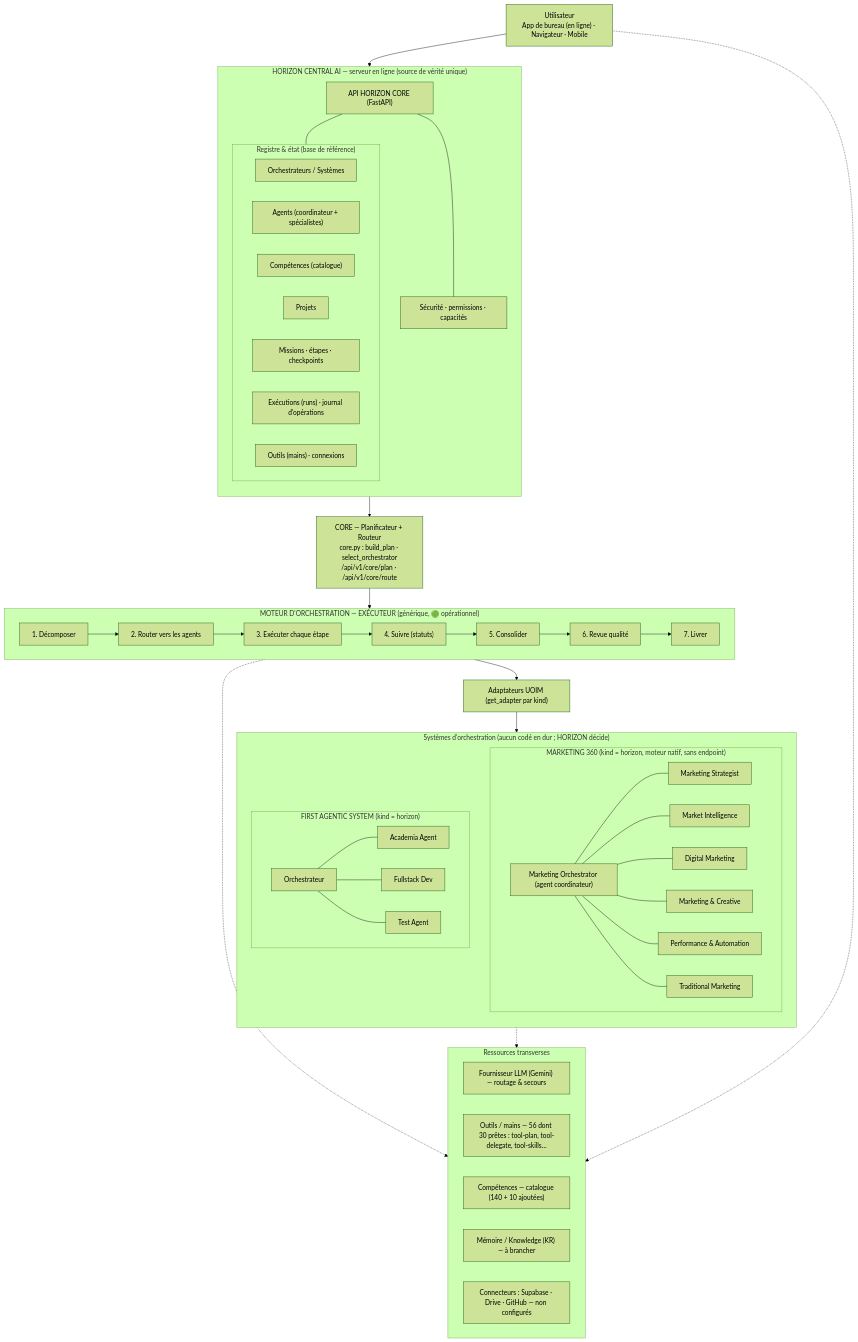
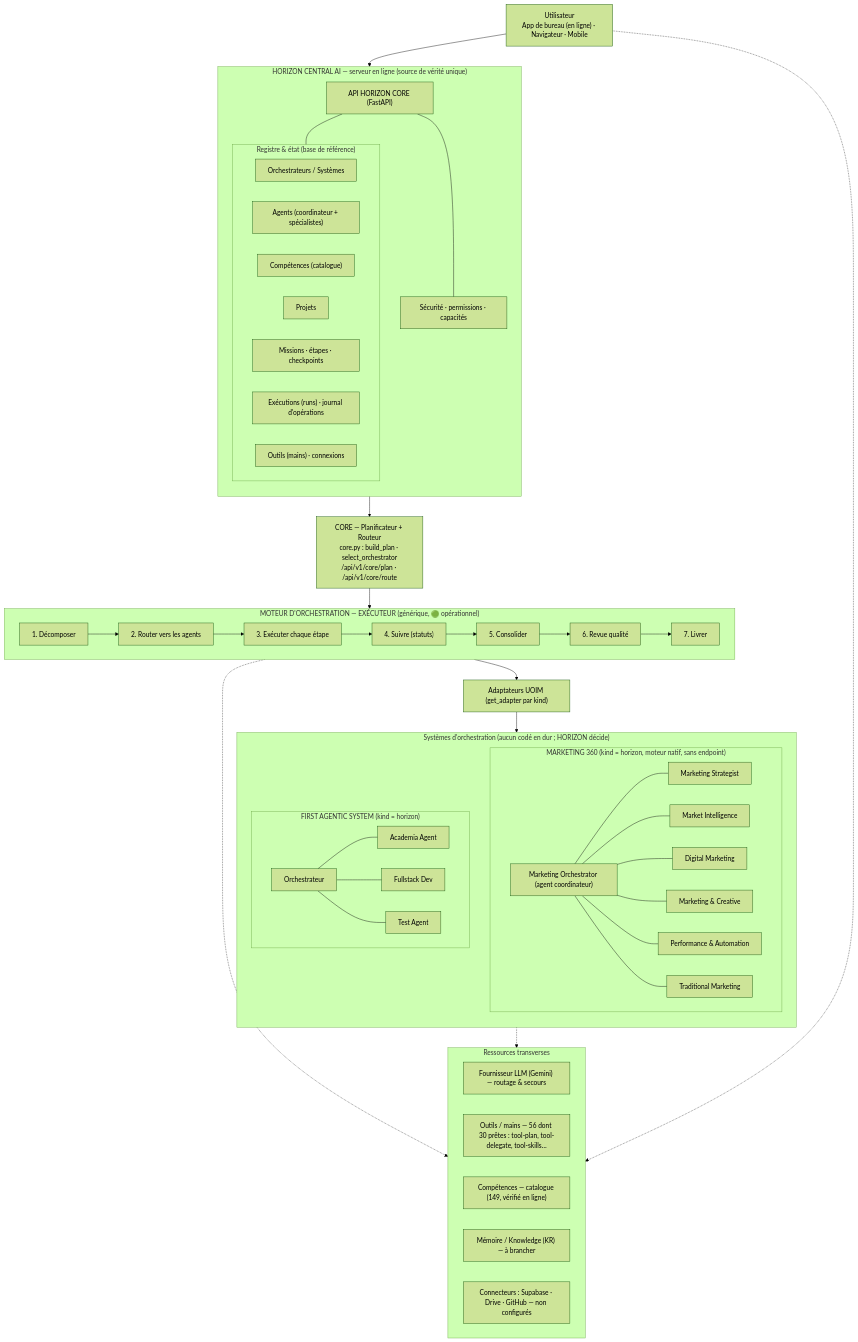
One commit to directionhorizon/horizon-central-ai changed the diagram in docs/ORGANIGRAMME_HORIZON.md. Above: the diagram before and after it, drawn with Mermaid (forest theme).

Commit message:
docs(organigramme): chiffres verifies en ligne (56 mains dont 30 pretes, 149 competences)

````diff
--- a/docs/ORGANIGRAMME_HORIZON.md
+++ b/docs/ORGANIGRAMME_HORIZON.md
@@ -11,74 +11,74 @@
 ```mermaid
 flowchart TB
   U["Utilisateur<br/>App de bureau (en ligne) · Navigateur · Mobile"] --> API
 
   subgraph HZ["HORIZON CENTRAL AI — serveur en ligne (source de vérité unique)"]
     direction TB
     API["API HORIZON CORE (FastAPI)"]
     subgraph REG["Registre & état (base de référence)"]
       R1["Orchestrateurs / Systèmes"]
       R2["Agents (coordinateur + spécialistes)"]
       R3["Compétences (catalogue)"]
       R4["Projets"]
       R5["Missions · étapes · checkpoints"]
       R6["Exécutions (runs) · journal d'opérations"]
       R7["Outils (mains) · connexions"]
     end
     SEC["Sécurité · permissions · capacités"]
     API --- REG
     API --- SEC
   end
 
   API --> CORE
   CORE["CORE — Planificateur + Routeur<br/>core.py : build_plan · select_orchestrator<br/>/api/v1/core/plan · /api/v1/core/route"] --> EXEC
 
   subgraph EXEC["MOTEUR D'ORCHESTRATION — EXÉCUTEUR (générique, 🟢 opérationnel)"]
     direction LR
     E1["1. Décomposer"] --> E2["2. Router vers les agents"] --> E3["3. Exécuter chaque étape"]
     E3 --> E4["4. Suivre (statuts)"] --> E5["5. Consolider"] --> E6["6. Revue qualité"] --> E7["7. Livrer"]
   end
 
   EXEC --> ADP
   ADP["Adaptateurs UOIM (get_adapter par kind)"]
 
   ADP --> SYS
   subgraph SYS["Systèmes d'orchestration (aucun codé en dur ; HORIZON décide)"]
     direction TB
     subgraph M360["MARKETING 360 (kind = horizon, moteur natif, sans endpoint)"]
       MO["Marketing Orchestrator (agent coordinateur)"]
       S1["Marketing Strategist"]
       S2["Market Intelligence"]
       S3["Digital Marketing"]
       S4["Marketing & Creative"]
       S5["Performance & Automation"]
       S6["Traditional Marketing"]
       MO --- S1
       MO --- S2
       MO --- S3
       MO --- S4
       MO --- S5
       MO --- S6
     end
     subgraph FAS["FIRST AGENTIC SYSTEM (kind = horizon)"]
       F0["Orchestrateur"]
       F1["Academia Agent"]
       F2["Fullstack Dev"]
       F3["Test Agent"]
       F0 --- F1
       F0 --- F2
       F0 --- F3
     end
   end
 
   subgraph RES["Ressources transverses"]
     L["Fournisseur LLM (Gemini) — routage & secours"]
     T["Outils / mains — 56 dont 30 prêtes : tool-plan, tool-delegate, tool-skills…"]
-    K["Compétences — catalogue (140 + 10 ajoutées)"]
+    K["Compétences — catalogue (149, vérifié en ligne)"]
     KR["Mémoire / Knowledge (KR) — à brancher"]
     C["Connecteurs : Supabase · Drive · GitHub — non configurés"]
   end
 
   EXEC -.-> RES
   SYS -.-> RES
   U -.-> RES
 ```
````
